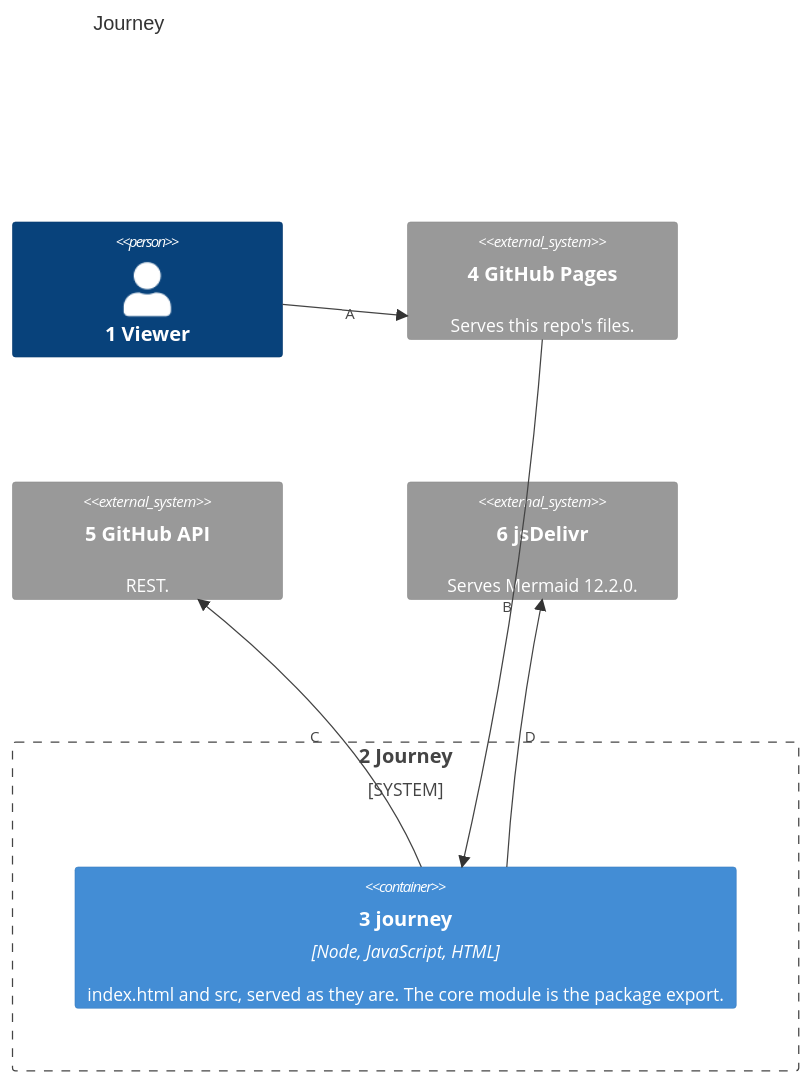
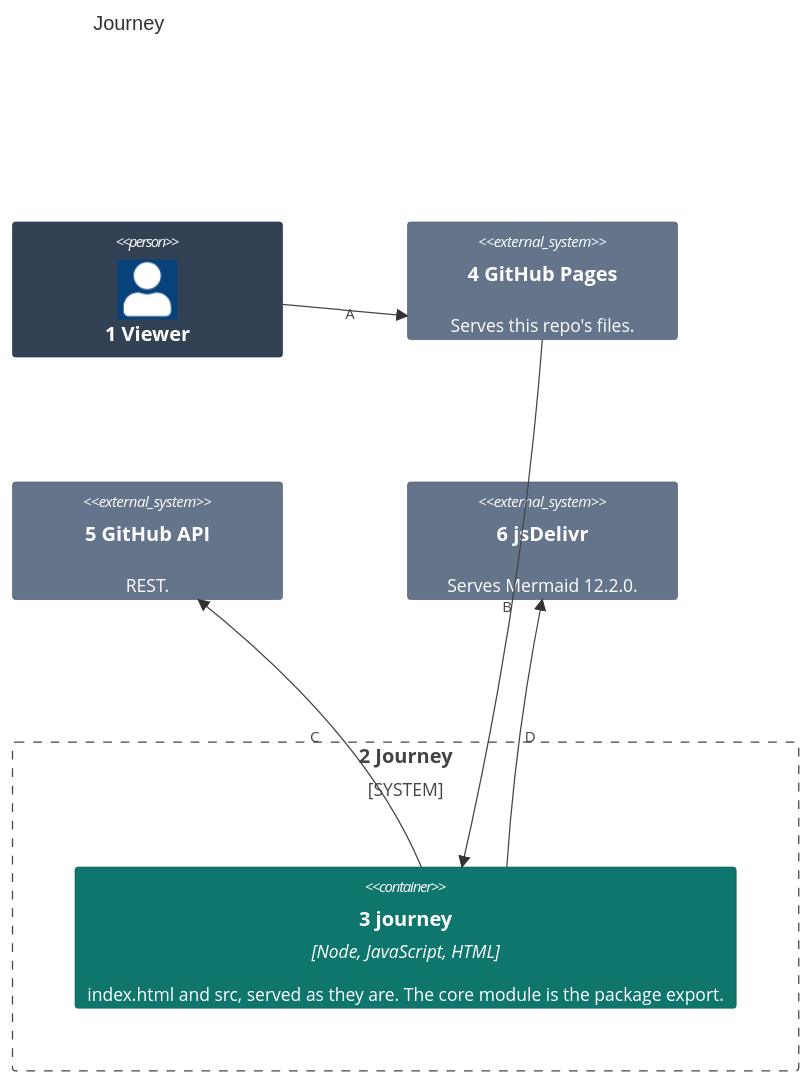
One commit to may-journal/journey changed the first of 2 diagrams in docs/architecture/02-containers.md. Above: the diagram before and after it, drawn with Mermaid. The commit also changed other lines of this file and 4 other files, not shown here.

First line of the commit message:
docs(architecture): draw each view in its level's form and palette (#17)

````diff
--- a/docs/architecture/02-containers.md
+++ b/docs/architecture/02-containers.md
@@ -7,19 +7,25 @@
 ```mermaid
 C4Container
     title Journey
 
     Person(viewer, "1 Viewer")
 
     System_Boundary(journey, "2 Journey") {
         Container(page, "3 journey", "Node, JavaScript, HTML", "index.html and src, served as they are. The core module is the package export.")
     }
 
     System_Ext(pages, "4 GitHub Pages", "Serves this repo's files.")
     System_Ext(github, "5 GitHub API", "REST.")
     System_Ext(cdn, "6 jsDelivr", "Serves Mermaid 12.2.0.")
 
     Rel(viewer, pages, "A")
     Rel(pages, page, "B")
     Rel(page, github, "C")
     Rel(page, cdn, "D")
+
+    UpdateElementStyle(viewer, $bgColor="#334155", $borderColor="#1e293b", $fontColor="#ffffff")
+    UpdateElementStyle(page, $bgColor="#0f766e", $borderColor="#115e59", $fontColor="#ffffff")
+    UpdateElementStyle(pages, $bgColor="#64748b", $borderColor="#475569", $fontColor="#ffffff")
+    UpdateElementStyle(github, $bgColor="#64748b", $borderColor="#475569", $fontColor="#ffffff")
+    UpdateElementStyle(cdn, $bgColor="#64748b", $borderColor="#475569", $fontColor="#ffffff")
 ```
````
